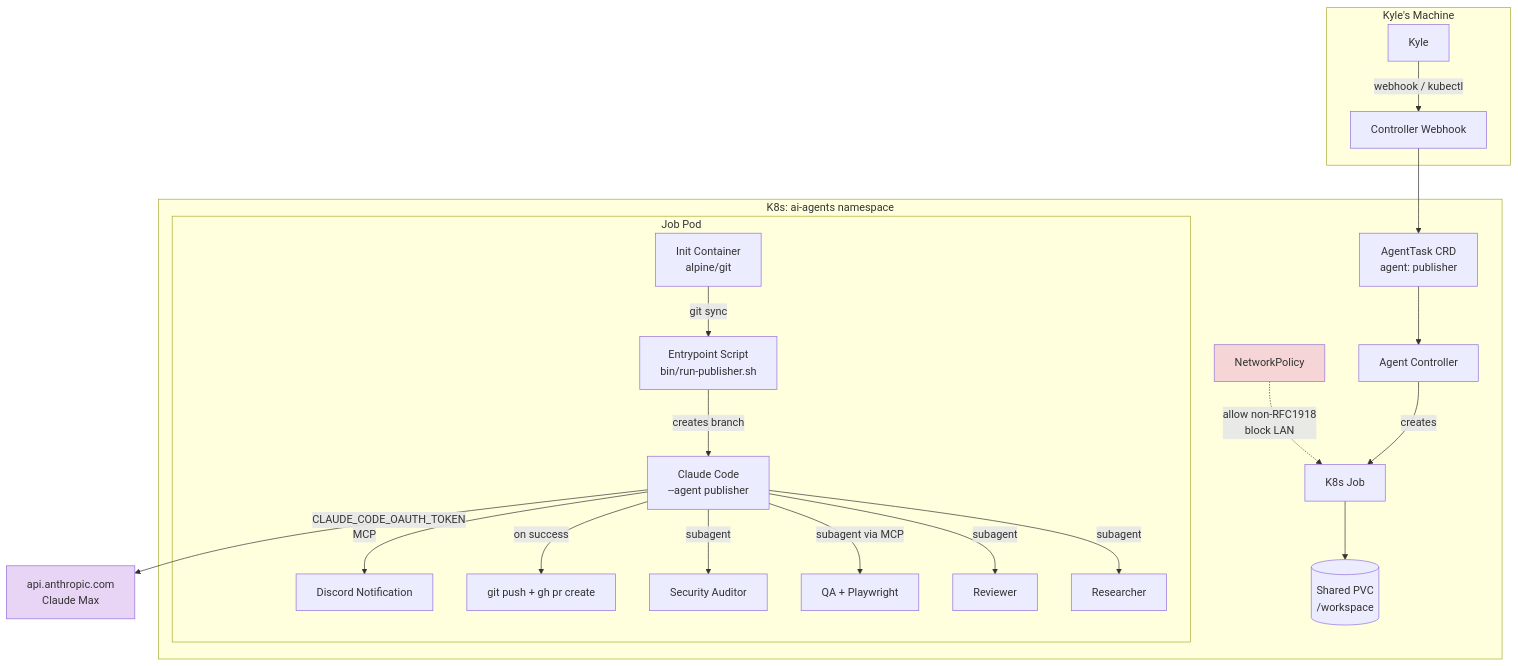
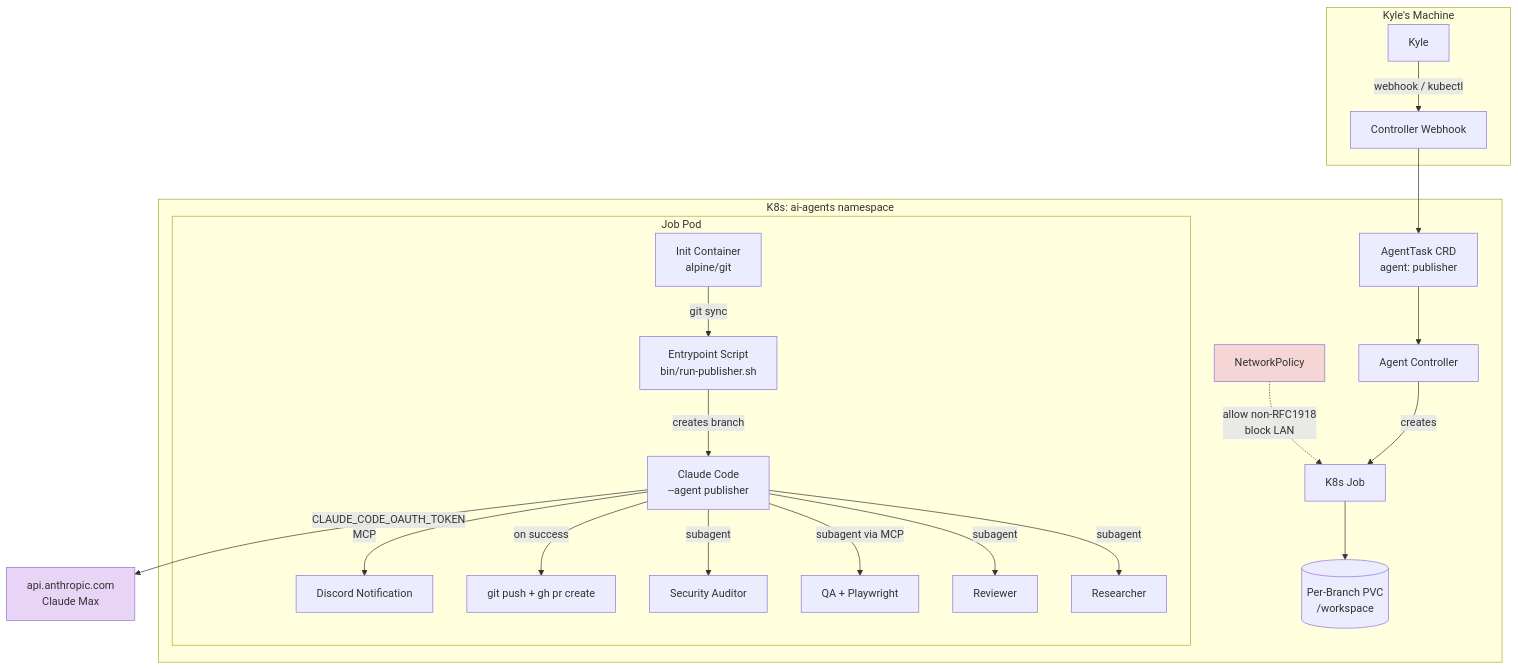
Before and after one commit to kylep/multi: the diagram in apps/blog/blog/markdown/wiki/design-docs/autonomous-publisher/index.md, drawn with Mermaid. The commit also changed other lines of this file and 14 other files, not shown here.

First line of the commit message:
Per-branch PVCs, GitHub App auth, portable setup, blog update

````diff
--- a/apps/blog/blog/markdown/wiki/design-docs/autonomous-publisher/index.md
+++ b/apps/blog/blog/markdown/wiki/design-docs/autonomous-publisher/index.md
@@ -57,31 +58,31 @@
 ```mermaid
 graph TD
     subgraph "Kyle's Machine"
         K[Kyle] -->|webhook / kubectl| WH[Controller Webhook]
     end
 
     subgraph "K8s: ai-agents namespace"
         WH --> AT[AgentTask CRD<br/>agent: publisher]
         AT --> CTRL[Agent Controller]
         CTRL -->|creates| JOB[K8s Job]
 
         subgraph "Job Pod"
             INIT[Init Container<br/>alpine/git] -->|git sync| MAIN
             MAIN[Entrypoint Script<br/>bin/run-publisher.sh] -->|creates branch| CC[Claude Code<br/>--agent publisher]
             CC -->|subagent| RES[Researcher]
             CC -->|subagent| REV[Reviewer]
             CC -->|subagent via MCP| QA[QA + Playwright]
             CC -->|subagent| SEC[Security Auditor]
             CC -->|on success| GIT[git push + gh pr create]
             CC -->|MCP| DISC[Discord Notification]
         end
 
-        JOB --> PVC[(Shared PVC<br/>/workspace)]
+        JOB --> PVC[(Per-Branch PVC<br/>/workspace)]
         NP[NetworkPolicy] -.->|allow non-RFC1918<br/>block LAN| JOB
     end
 
     CC -->|CLAUDE_CODE_OAUTH_TOKEN| ANTHROPIC[api.anthropic.com<br/>Claude Max]
 
     style ANTHROPIC fill:#e8d5f5
     style NP fill:#f5d5d5
 ```
````
